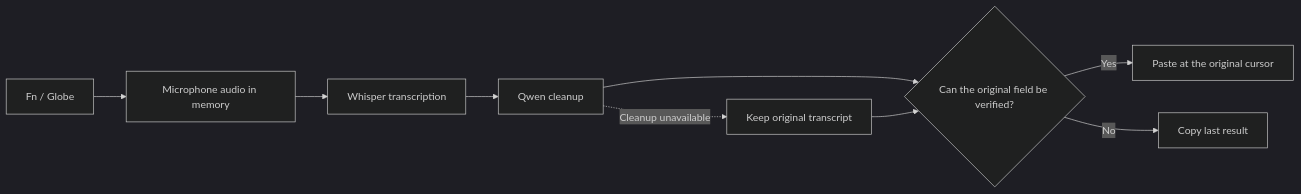
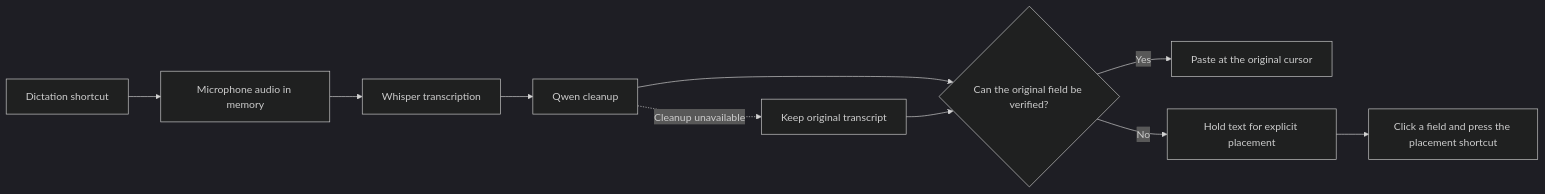
The diagram in README.md (ysham123/imnotpayingforwisprflow), drawn with Mermaid (dark theme) before and after one commit. The commit also changed other lines of this file and 66 other files, not shown here.

````diff
--- a/README.md
+++ b/README.md
@@ -116,11 +136,12 @@
 ```mermaid
 flowchart LR
-    A[Fn / Globe] --> B[Microphone audio in memory]
+    A[Dictation shortcut] --> B[Microphone audio in memory]
     B --> C[Whisper transcription]
     C --> D[Qwen cleanup]
     D --> E{Can the original field be verified?}
     E -->|Yes| F[Paste at the original cursor]
-    E -->|No| G[Copy last result]
+    E -->|No| G[Hold text for explicit placement]
+    G --> H1[Click a field and press the placement shortcut]
     D -. Cleanup unavailable .-> H[Keep original transcript]
     H --> E
 ```
````
